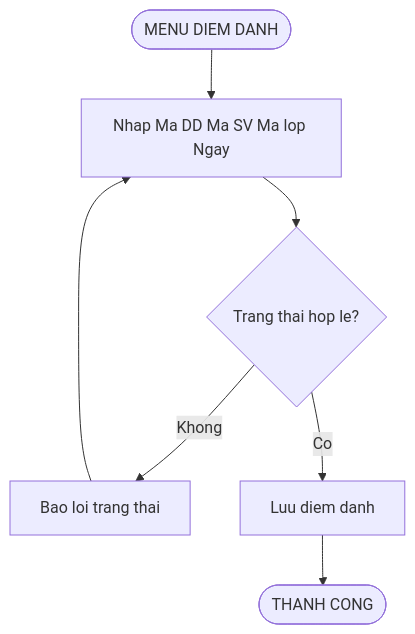
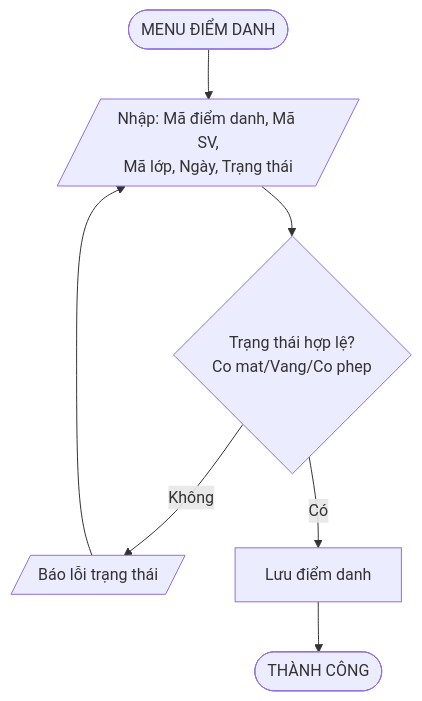
Before and after one commit to phucphuc2006/pro-192: diagram 15 of 20 in docs/Flowcharts/Flowcharts.md, drawn with Mermaid. The commit also changed other lines of this file, not shown here.

Commit message:
Restore original Mermaid flowcharts

````diff
--- a/docs/Flowcharts/Flowcharts.md
+++ b/docs/Flowcharts/Flowcharts.md
@@ -230,9 +263,9 @@
 ```mermaid
 flowchart TD
-    A(["MENU DIEM DANH"]) --> B["Nhap Ma DD Ma SV Ma lop Ngay"]
-    B --> C{"Trang thai hop le?"}
-    C -->|Khong| D["Bao loi trang thai"]
+    A([MENU ĐIỂM DANH]) --> B[/Nhập: Mã điểm danh, Mã SV,<br/>Mã lớp, Ngày, Trạng thái/]
+    B --> C{Trạng thái hợp lệ?<br/>Co mat/Vang/Co phep}
+    C -->|Không| D[/Báo lỗi trạng thái/]
     D --> B
-    C -->|Co| E["Luu diem danh"]
-    E --> F(["THANH CONG"])
+    C -->|Có| E[Lưu điểm danh]
+    E --> F([THÀNH CÔNG])
 ```
````
